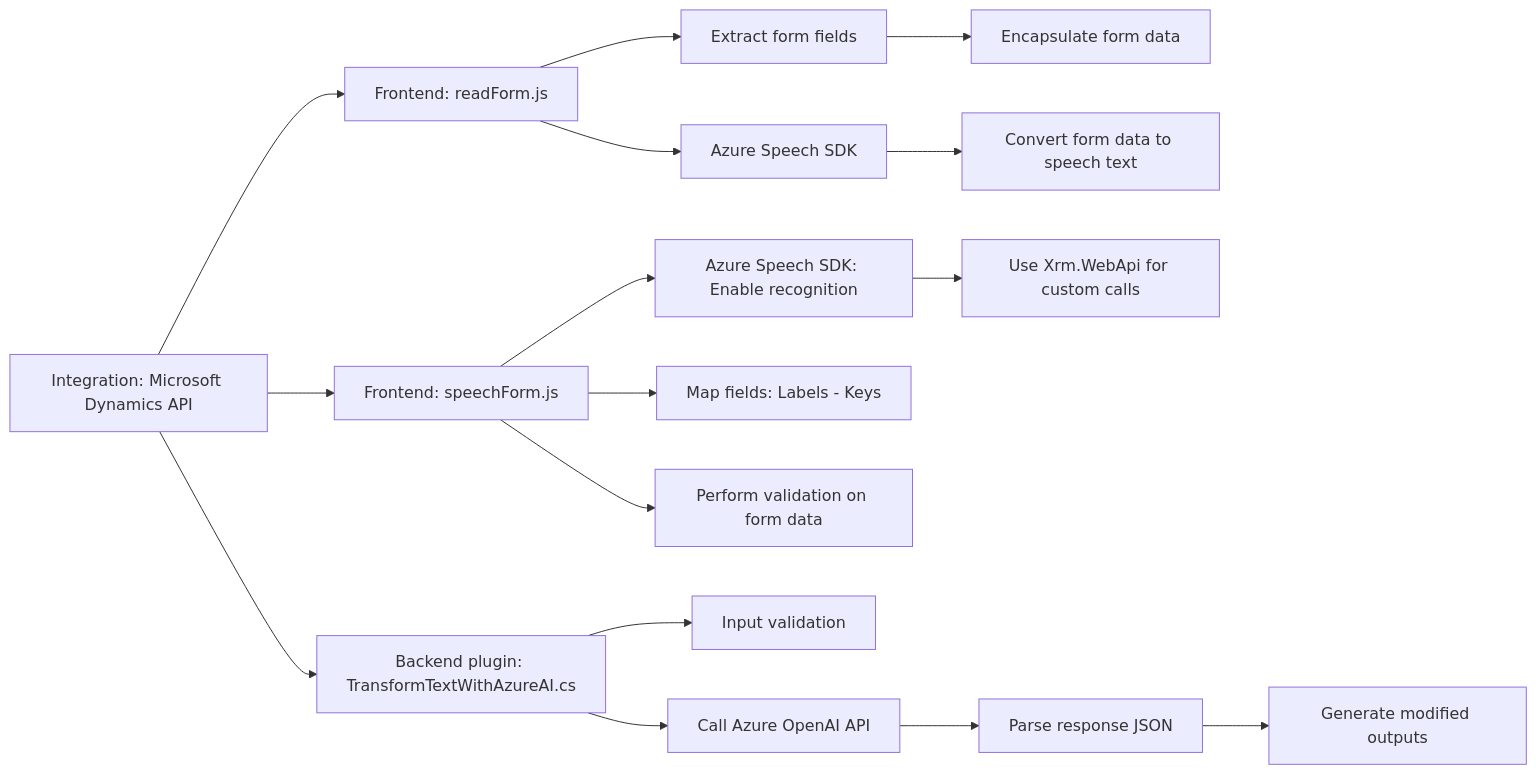
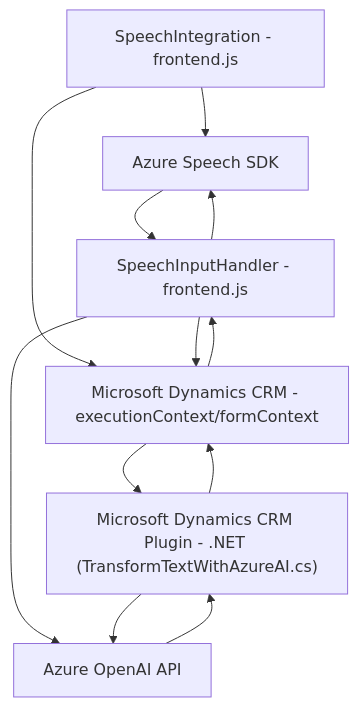
One commit to blopezdm/NETCORE_BILBAO2025 changed the diagram in README.md. Above: the diagram before and after it, drawn with Mermaid. The commit also changed other lines of this file, not shown here.

````diff
--- a/README.md
+++ b/README.md
@@ -47,26 +50,21 @@
 ```mermaid
-graph LR
+graph TD
+    A["SpeechIntegration - frontend.js"]
+    B["SpeechInputHandler - frontend.js"]
+    C["Microsoft Dynamics CRM Plugin - .NET (TransformTextWithAzureAI.cs)"]
+    D["Azure Speech SDK"]
+    E["Azure OpenAI API"]
+    F["Microsoft Dynamics CRM - executionContext/formContext"]
 
-A["Frontend: readForm.js"]
-A --> B["Extract form fields"]
-A --> C["Azure Speech SDK"]
-B --> D["Encapsulate form data"]
-C --> E["Convert form data to speech text"]
-
-F["Frontend: speechForm.js"]
-F --> G["Azure Speech SDK: Enable recognition"]
-G --> H["Use Xrm.WebApi for custom calls"]
-F --> I["Map fields: Labels - Keys"]
-F --> J["Perform validation on form data"]
-
-K["Backend plugin: TransformTextWithAzureAI.cs"]
-K --> L["Input validation"]
-K --> M["Call Azure OpenAI API"]
-M --> N["Parse response JSON"]
-N --> P["Generate modified outputs"]
-
-Q["Integration: Microsoft Dynamics API"]
-Q --> A
-Q --> F
-Q --> K
+    A --> D
+    A --> F
+    B --> D
+    B --> F
+    B --> E
+    C --> F
+    C --> E
+    D --> B
+    E --> C
+    F --> B
+    F --> C
 ```
````
